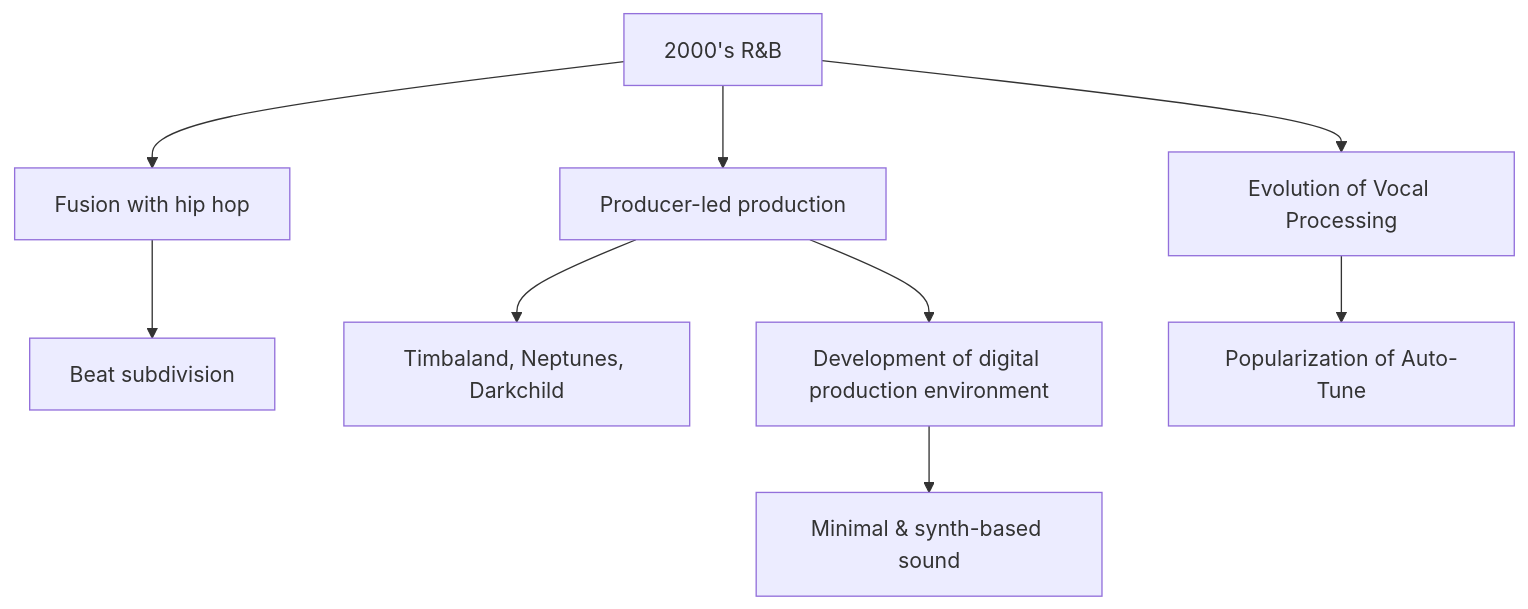
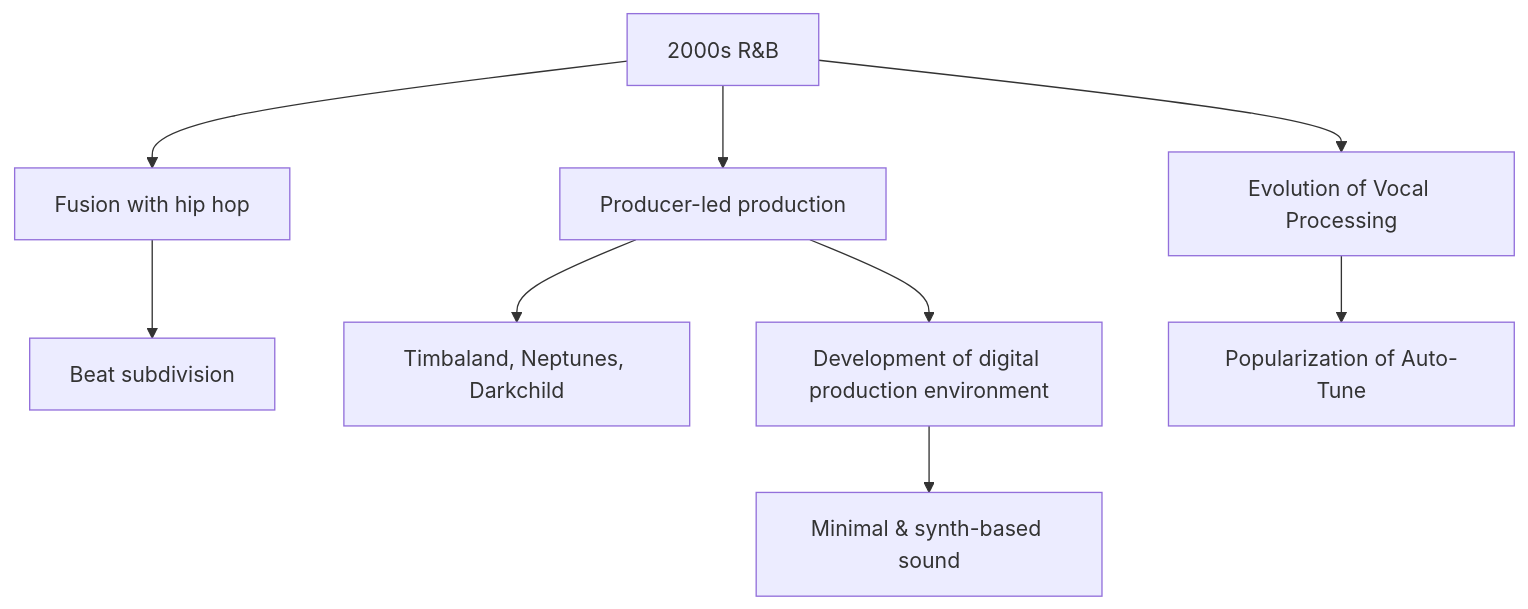
Before and after one commit to monumental-movement/monumental-movement.github.io: the second of 2 diagrams in en/_posts/2025-11-20-column-2000s-r-and-b.md, drawn with Mermaid. The commit also changed 214 other files, not shown here.

```diff
--- a/en/_posts/2025-11-20-column-2000s-r-and-b.md
+++ b/en/_posts/2025-11-20-column-2000s-r-and-b.md
@@ -252,15 +252,15 @@
 <div class="mermaid">
 
 flowchart TD
 
-A["2000's R&B"] --> B["Fusion with hip hop"]
+A["2000s R&B"] --> B["Fusion with hip hop"]
 A --> C["Producer-led production"]
 A --> D["Evolution of Vocal Processing"]
 B --> E["Beat subdivision"]
 C --> F["Timbaland, Neptunes, Darkchild"]
 D --> G["Popularization of Auto-Tune"]
 C --> H["Development of digital production environment"]
 H --> I["Minimal & synth-based sound"]
 
 
 </div>
```
